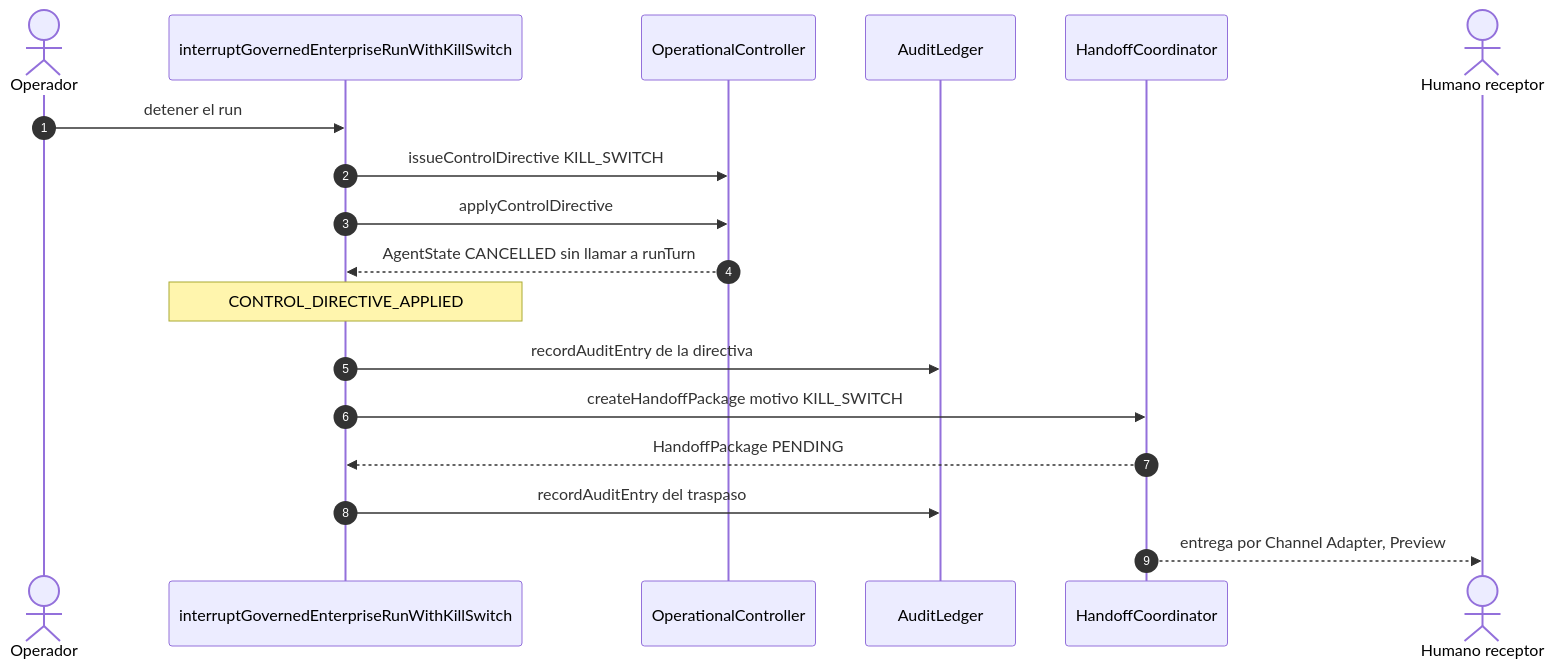
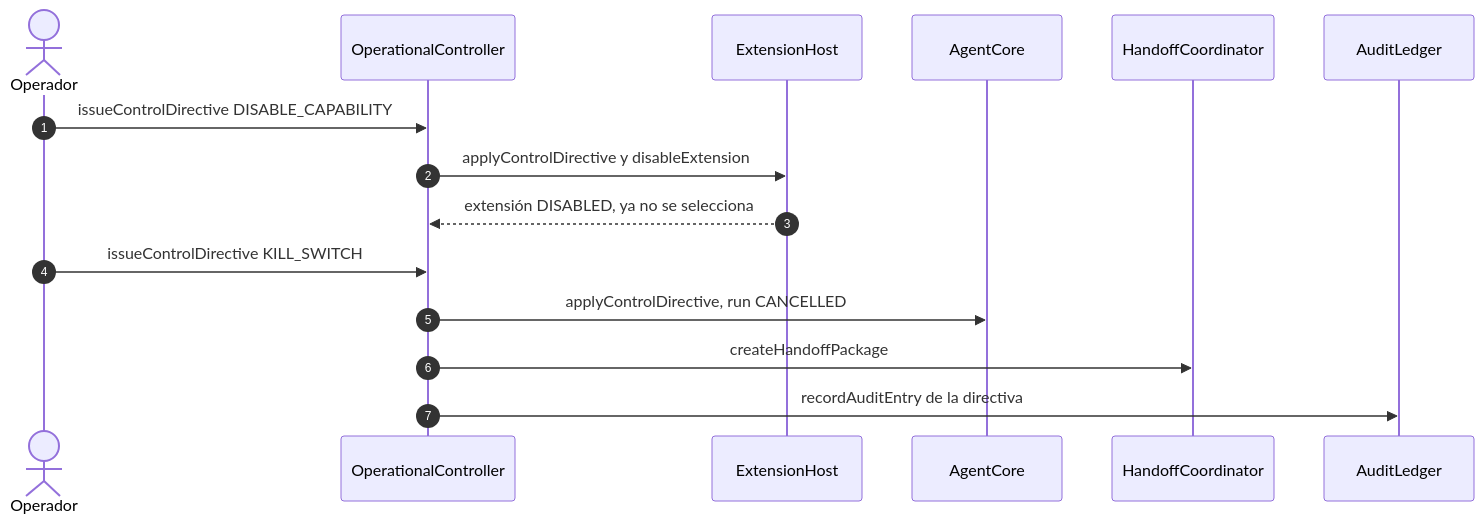
Before and after one commit to aaramirez/arnes-ai: the fifth of 10 diagrams in docs/diagramas/book-harness/BH-10-Flujos-Empresariales.md, drawn with Mermaid. The commit also changed other lines of this file and 52 other files, not shown here.

````diff
--- a/docs/diagramas/book-harness/BH-10-Flujos-Empresariales.md
+++ b/docs/diagramas/book-harness/BH-10-Flujos-Empresariales.md
@@ -237,21 +278,18 @@
 ```mermaid
 sequenceDiagram
   autonumber
   actor OP as Operador
-  participant F as interruptGovernedEnterpriseRunWithKillSwitch
   participant OC as OperationalController
+  participant XH as ExtensionHost
+  participant AC as AgentCore
+  participant HC as HandoffCoordinator
   participant AUD as AuditLedger
-  participant HC as HandoffCoordinator
-  actor H as Humano receptor
 
-  OP->>F: detener el run
-  F->>OC: issueControlDirective KILL_SWITCH
-  F->>OC: applyControlDirective
-  OC-->>F: AgentState CANCELLED sin llamar a runTurn
-  Note over F: CONTROL_DIRECTIVE_APPLIED
-  F->>AUD: recordAuditEntry de la directiva
-  F->>HC: createHandoffPackage motivo KILL_SWITCH
-  HC-->>F: HandoffPackage PENDING
-  F->>AUD: recordAuditEntry del traspaso
-  HC-->>H: entrega por Channel Adapter, Preview
+  OP->>OC: issueControlDirective DISABLE_CAPABILITY
+  OC->>XH: applyControlDirective y disableExtension
+  XH-->>OC: extensión DISABLED, ya no se selecciona
+  OP->>OC: issueControlDirective KILL_SWITCH
+  OC->>AC: applyControlDirective, run CANCELLED
+  OC->>HC: createHandoffPackage
+  OC->>AUD: recordAuditEntry de la directiva
 ```
````
